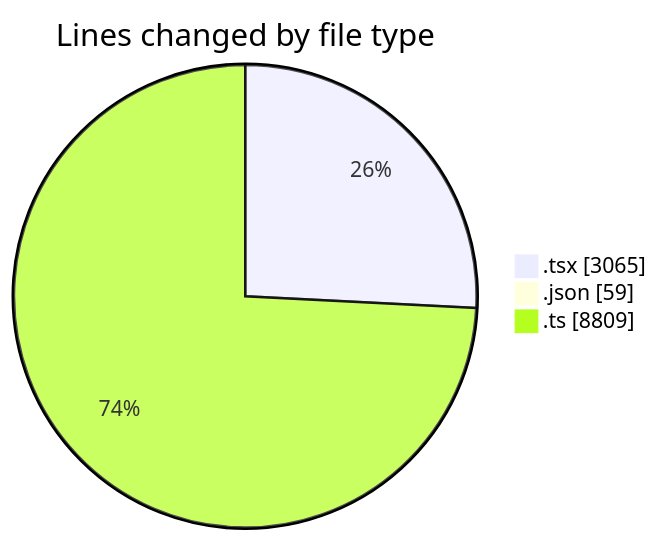
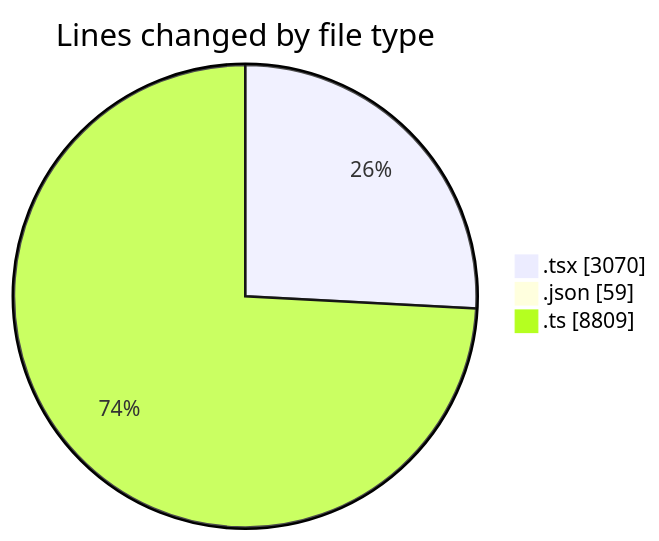
One commit to momahboobian/code-tracking changed the first of 2 diagrams in 2025-11-24/cda/README.md. Above: the diagram before and after it, drawn with Mermaid. The commit also changed other lines of this file and 1 other file, not shown here.

````diff
--- a/2025-11-24/cda/README.md
+++ b/2025-11-24/cda/README.md
@@ -33,7 +33,7 @@
 ```mermaid
 pie showData
 title Lines changed by file type
-".tsx" : 3065
+".tsx" : 3070
 ".json" : 59
 ".ts" : 8809
 ```
````
